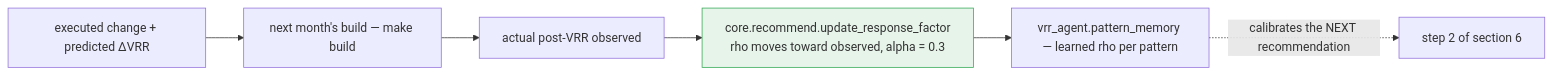
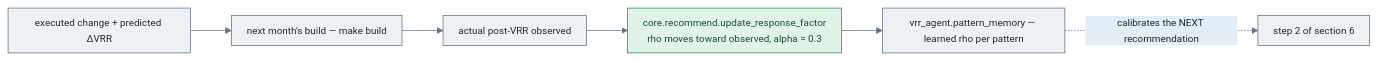
One commit to vamshi455/vrr-agent-open changed diagram 13 of 19 in README.md. Above: the diagram before and after it, drawn with Mermaid. The commit also changed other lines of this file and 2 other files, not shown here.

````diff
--- a/README.md
+++ b/README.md
@@ -660,10 +724,12 @@
 ```mermaid
+%%{init: {'theme':'base','themeVariables':{'fontFamily':'ui-sans-serif, system-ui, -apple-system, sans-serif','fontSize':'13px','lineColor':'#64748b','primaryColor':'#eef1f4','primaryTextColor':'#1f2937','primaryBorderColor':'#64748b','secondaryColor':'#e3edf6','tertiaryColor':'#eef1f4'},'flowchart':{'htmlLabels':true,'padding':10,'nodeSpacing':46,'rankSpacing':54,'curve':'basis','useMaxWidth':true},'sequence':{'useMaxWidth':true,'boxMargin':8}}}%%
 flowchart LR
     EX["executed change + predicted ΔVRR"] --> WAIT["next month's build — make build"]
     WAIT --> ACT["actual post-VRR observed"]
     ACT --> EMA["core.recommend.update_response_factor<br/>rho moves toward observed, alpha = 0.3"]
     EMA --> MEM["vrr_agent.pattern_memory — learned rho per pattern"]
     MEM -.->|"calibrates the NEXT recommendation"| NEXT["step 2 of section 6"]
 
-    style EMA fill:#e6f4ea,stroke:#34a853
+    classDef ok fill:#dff3e6,stroke:#2f855a,stroke-width:1px,color:#14532d;
+    class EMA ok;
 ```
````
